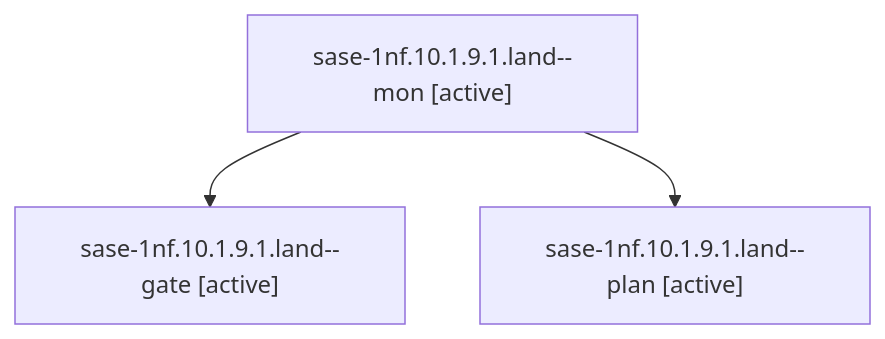
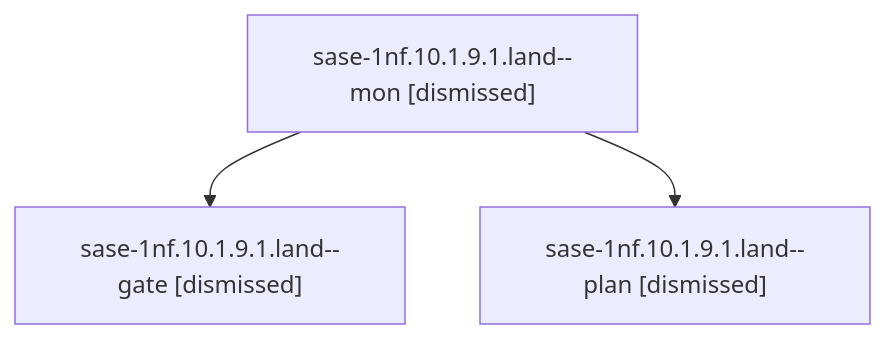
Before and after one commit to sase-org/sase--agents: the diagram in sessions/bbugyi200.athena.sase-1nf.10.1.9.1.land.md, drawn with Mermaid. The commit also changed other lines of this file and 170 other files, not shown here.

````diff
--- a/sessions/bbugyi200.athena.sase-1nf.10.1.9.1.land.md
+++ b/sessions/bbugyi200.athena.sase-1nf.10.1.9.1.land.md
@@ -9,8 +9,8 @@
 ```mermaid
 flowchart TD
-  n0["sase-1nf.10.1.9.1.land--mon [active]"]
-  n1["sase-1nf.10.1.9.1.land--gate [active]"]
+  n0["sase-1nf.10.1.9.1.land--mon [dismissed]"]
+  n1["sase-1nf.10.1.9.1.land--gate [dismissed]"]
   n0 --> n1
-  n2["sase-1nf.10.1.9.1.land--plan [active]"]
+  n2["sase-1nf.10.1.9.1.land--plan [dismissed]"]
   n0 --> n2
 ```
````
